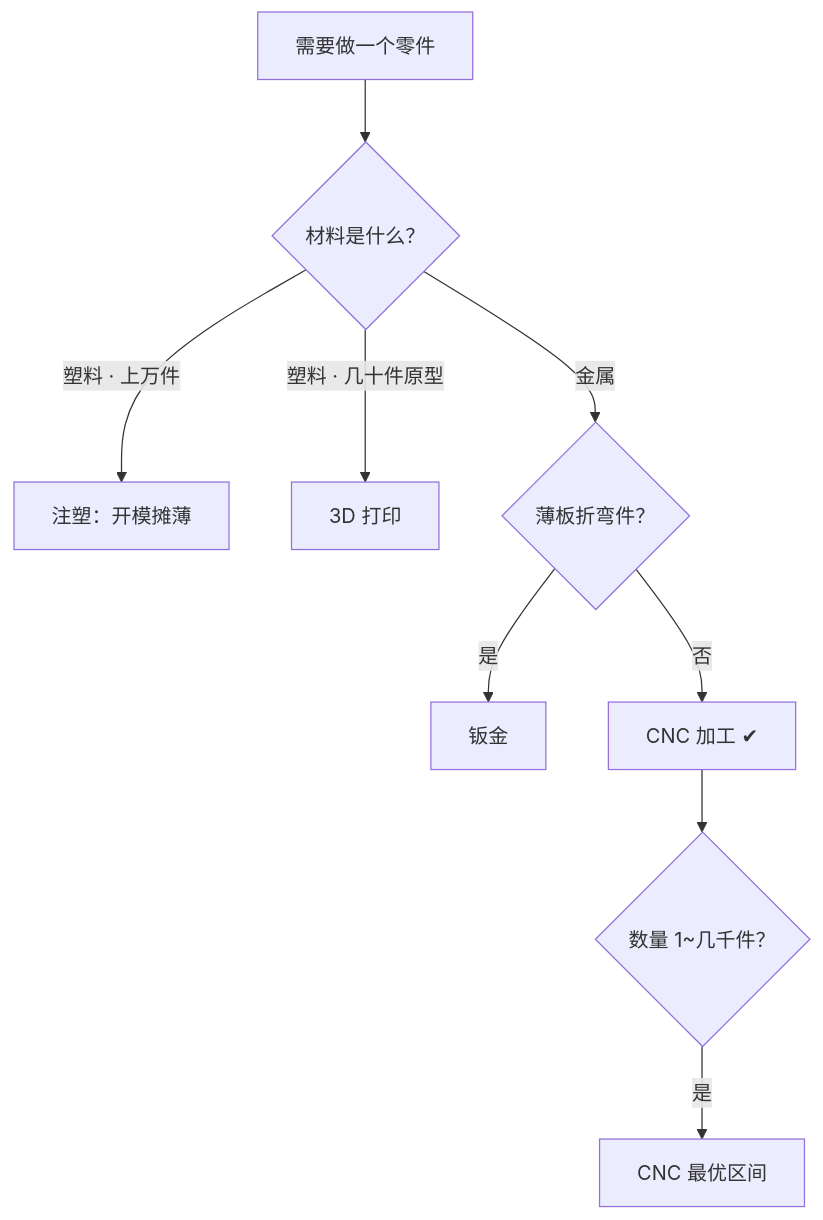
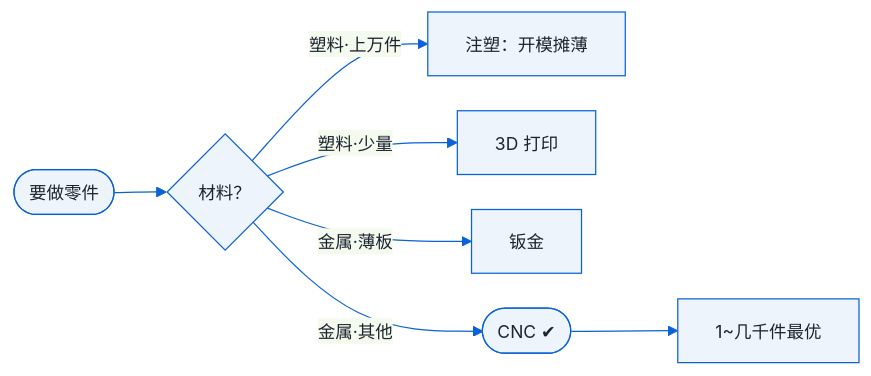
The diagram in docs/lessons/ch01.md (kelegele/cnc-guide), drawn with Mermaid before and after one commit. The commit also changed 8 other files, not shown here.

Commit message:
style: redo all diagrams — landscape LR layout + unified editorial palette (16:9~1:1), per user feedback

````diff
--- a/docs/lessons/ch01.md
+++ b/docs/lessons/ch01.md
@@ -52,11 +52,11 @@
 ```mermaid
-flowchart TD
-    A["需要做一个零件"] --> B{"材料是什么？"}
-    B -->|"塑料 · 上万件"| C["注塑：开模摊薄"]
-    B -->|"塑料 · 几十件原型"| D["3D 打印"]
-    B -->|"金属"| E{"薄板折弯件？"}
-    E -->|"是"| F["钣金"]
-    E -->|"否"| G["CNC 加工 ✔"]
-    G --> H{"数量 1~几千件？"}
-    H -->|"是"| I["CNC 最优区间"]
+%%{init: {"theme":"base","themeVariables":{"primaryColor":"#eef4fb","primaryTextColor":"#1c2430","primaryBorderColor":"#0b62d6","lineColor":"#0b62d6","fontSize":"14px"},"flowchart":{"curve":"basis","nodeSpacing":28,"rankSpacing":42}}}%%
+flowchart LR
+    A(["要做零件"]) --> B{"材料？"}
+    B -->|"塑料·上万件"| C["注塑：开模摊薄"]
+    B -->|"塑料·少量"| D["3D 打印"]
+    B -->|"金属·薄板"| E["钣金"]
+    B -->|"金属·其他"| F(["CNC ✔"])
+    F --> G["1~几千件最优"]
+
 ```
````
